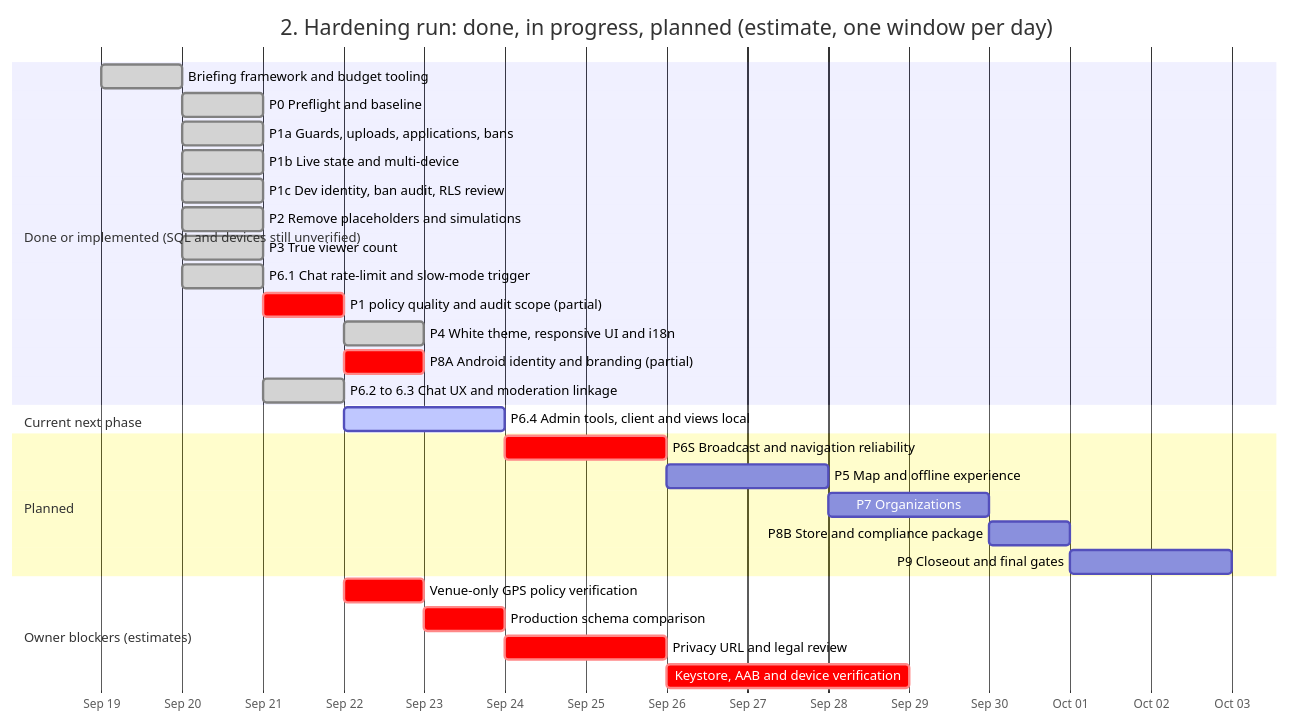
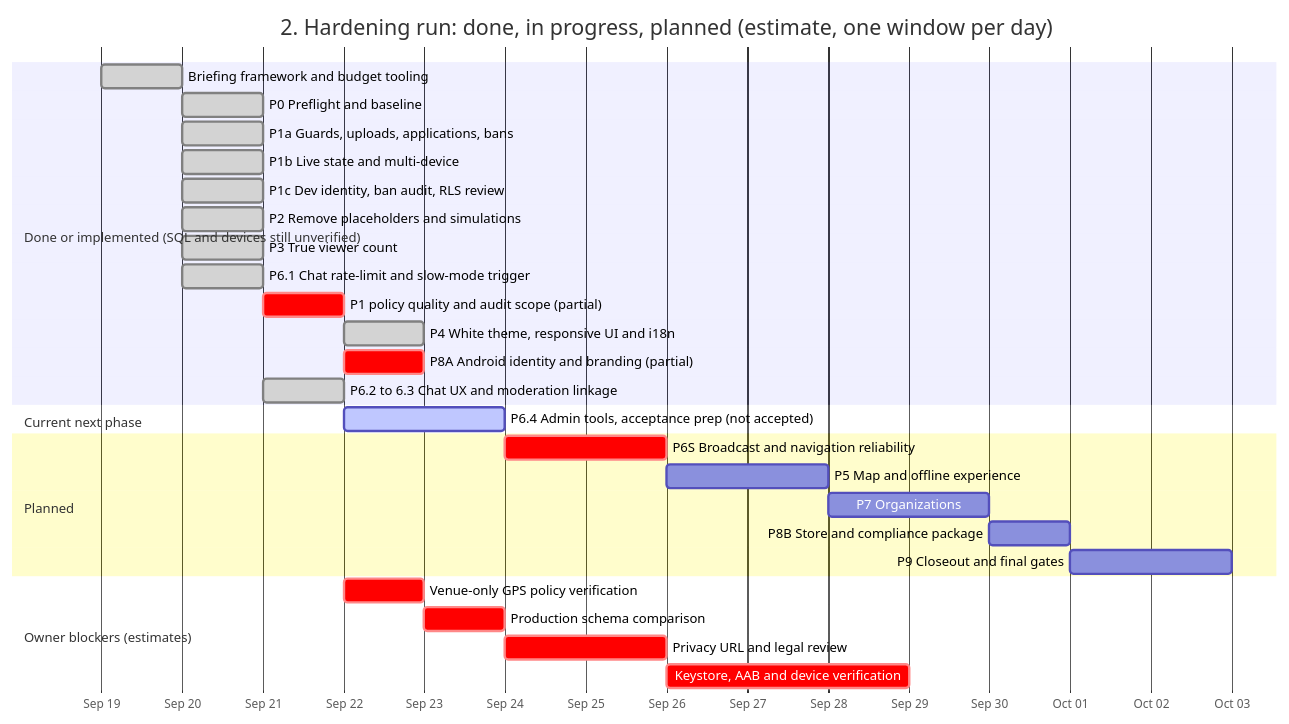
The second of 3 diagrams in Roadmap.md (ameeralhatemi67-debug/Stream_application), drawn with Mermaid before and after one commit. The commit also changed other lines of this file and 5 other files, not shown here.

````diff
--- a/Roadmap.md
+++ b/Roadmap.md
@@ -39,33 +39,33 @@
 ```mermaid
 gantt
     title 2. Hardening run: done, in progress, planned (estimate, one window per day)
     dateFormat  YYYY-MM-DD
     axisFormat  %b %d
     tickInterval 1day
     section Done or implemented (SQL and devices still unverified)
     Briefing framework and budget tooling       :done, brief, 2026-09-19, 2026-09-20
     P0 Preflight and baseline                   :done, p0, 2026-09-20, 1d
     P1a Guards, uploads, applications, bans     :done, p1a, 2026-09-20, 1d
     P1b Live state and multi-device             :done, p1b, 2026-09-20, 1d
     P1c Dev identity, ban audit, RLS review     :done, p1c, 2026-09-20, 2026-09-21
     P2 Remove placeholders and simulations      :done, p2, 2026-09-20, 2026-09-21
     P3 True viewer count                        :done, p3, 2026-09-20, 2026-09-21
     P6.1 Chat rate-limit and slow-mode trigger  :done, p61, 2026-09-20, 2026-09-21
     P1 policy quality and audit scope (partial) :crit, p1d, 2026-09-21, 1d
     P4 White theme, responsive UI and i18n      :done, p4, 2026-09-22, 1d
     P8A Android identity and branding (partial)  :crit, p8a, 2026-09-22, 1d
     P6.2 to 6.3 Chat UX and moderation linkage  :done, p6a, 2026-09-21, 1d
     section Current next phase
-    P6.4 Admin tools, client and views local     :active, p64, 2026-09-22, 2d
+    P6.4 Admin tools, acceptance prep (not accepted) :active, p64, 2026-09-22, 2d
     section Planned
     P6S Broadcast and navigation reliability     :crit, p6s, after p64, 2d
     P5 Map and offline experience                :p5, after p6s, 2d
     P7 Organizations                             :p7, after p5, 2d
     P8B Store and compliance package             :p8b, after p7, 1d
     P9 Closeout and final gates                  :p9, after p8b, 2d
     section Owner blockers (estimates)
     Venue-only GPS policy verification            :crit, gps, 2026-09-22, 1d
     Production schema comparison                 :crit, prod, after gps, 1d
     Privacy URL and legal review                 :crit, legal, after prod, 2d
     Keystore, AAB and device verification        :crit, release, after legal, 3d
 ```
````
